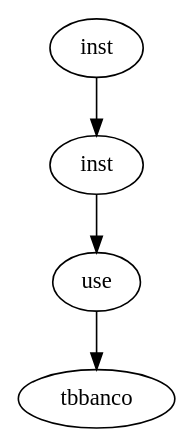
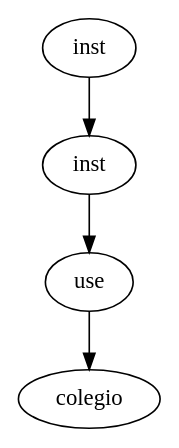
Before and after one commit to Diego180499/PROYECTO-OLC2-XSQL: the diagram in Compi2Python/ast.dot, drawn with Graphviz. The commit also changed 7 other files, not shown here.

```diff
--- a/Compi2Python/ast.dot
+++ b/Compi2Python/ast.dot
@@ -1,9 +1,9 @@
 digraph AST{
 node0 [label="inst" shape="oval", color="black"];
 node1 [label="inst" shape="oval", color="black"];
 node2 [label="use" shape="oval", color="black"];
-node3 [label="tbbanco" shape="oval", color="black"];
+node3 [label="colegio" shape="oval", color="black"];
 node0 -> node1;
 node1 -> node2;
 node2 -> node3;
 }
```
